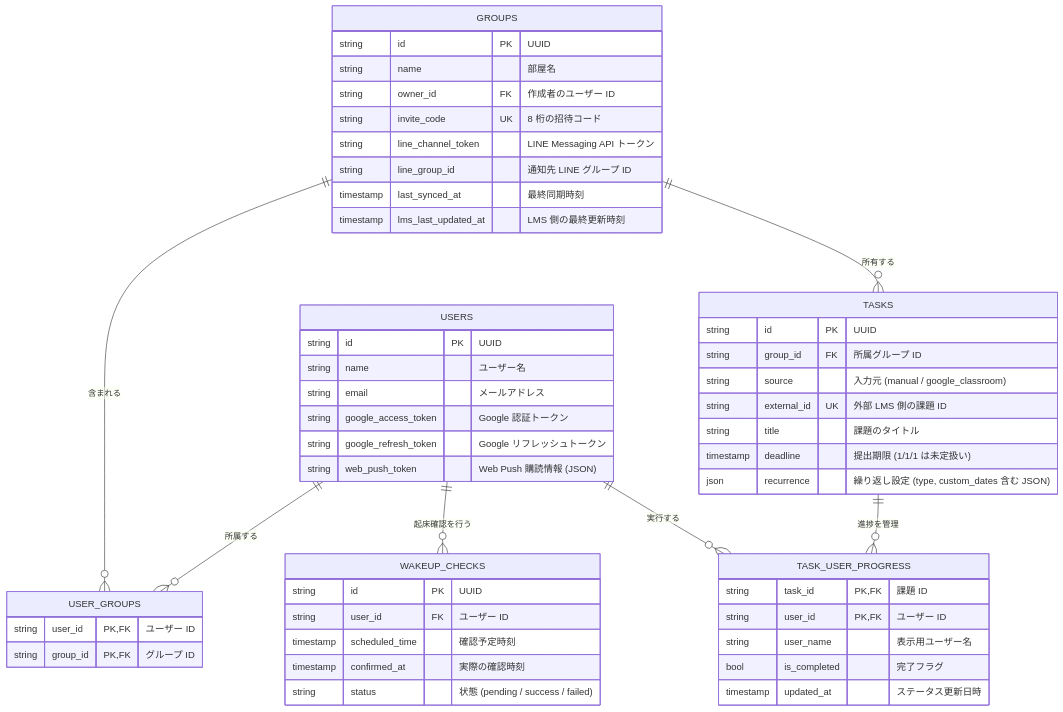
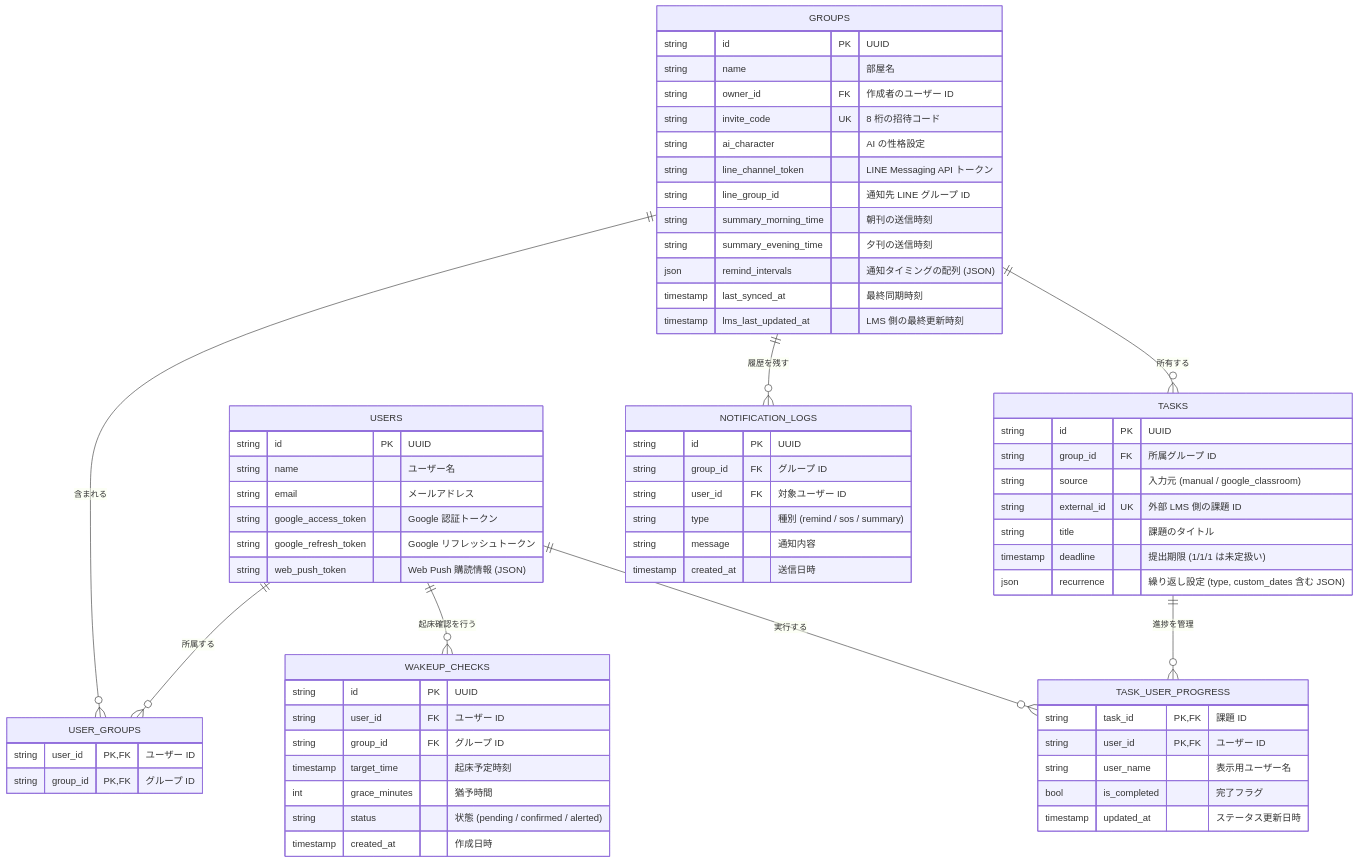
One commit to yuma25/Uni-Steps changed the diagram in docs/architecture/database_schema.md. Above: the diagram before and after it, drawn with Mermaid. The commit also changed other lines of this file and 16 other files, not shown here.

````diff
--- a/docs/architecture/database_schema.md
+++ b/docs/architecture/database_schema.md
@@ -12,60 +12,76 @@
 ```mermaid
 erDiagram
     USERS ||--o{ USER_GROUPS : "所属する"
     GROUPS ||--o{ USER_GROUPS : "含まれる"
     GROUPS ||--o{ TASKS : "所有する"
     TASKS ||--o{ TASK_USER_PROGRESS : "進捗を管理"
     USERS ||--o{ TASK_USER_PROGRESS : "実行する"
     USERS ||--o{ WAKEUP_CHECKS : "起床確認を行う"
+    GROUPS ||--o{ NOTIFICATION_LOGS : "履歴を残す"
 
     USERS {
         string id PK "UUID"
         string name "ユーザー名"
         string email "メールアドレス"
         string google_access_token "Google 認証トークン"
         string google_refresh_token "Google リフレッシュトークン"
         string web_push_token "Web Push 購読情報 (JSON)"
     }
 
     GROUPS {
         string id PK "UUID"
         string name "部屋名"
         string owner_id FK "作成者のユーザー ID"
         string invite_code UK "8 桁の招待コード"
+        string ai_character "AI の性格設定"
         string line_channel_token "LINE Messaging API トークン"
         string line_group_id "通知先 LINE グループ ID"
+        string summary_morning_time "朝刊の送信時刻"
+        string summary_evening_time "夕刊の送信時刻"
+        json remind_intervals "通知タイミングの配列 (JSON)"
         timestamp last_synced_at "最終同期時刻"
         timestamp lms_last_updated_at "LMS 側の最終更新時刻"
     }
 
     USER_GROUPS {
         string user_id PK, FK "ユーザー ID"
         string group_id PK, FK "グループ ID"
     }
 
     TASKS {
         string id PK "UUID"
         string group_id FK "所属グループ ID"
         string source "入力元 (manual / google_classroom)"
         string external_id UK "外部 LMS 側の課題 ID"
         string title "課題のタイトル"
         timestamp deadline "提出期限 (1/1/1 は未定扱い)"
         json recurrence "繰り返し設定 (type, custom_dates 含む JSON)"
     }
 
     TASK_USER_PROGRESS {
         string task_id PK, FK "課題 ID"
         string user_id PK, FK "ユーザー ID"
         string user_name "表示用ユーザー名"
         bool is_completed "完了フラグ"
         timestamp updated_at "ステータス更新日時"
     }
 
     WAKEUP_CHECKS {
         string id PK "UUID"
         string user_id FK "ユーザー ID"
-        timestamp scheduled_time "確認予定時刻"
-        timestamp confirmed_at "実際の確認時刻"
-        string status "状態 (pending / success / failed)"
+        string group_id FK "グループ ID"
+        timestamp target_time "起床予定時刻"
+        int grace_minutes "猶予時間"
+        string status "状態 (pending / confirmed / alerted)"
+        timestamp created_at "作成日時"
+    }
+
+    NOTIFICATION_LOGS {
+        string id PK "UUID"
+        string group_id FK "グループ ID"
+        string user_id FK "対象ユーザー ID"
+        string type "種別 (remind / sos / summary)"
+        string message "通知内容"
+        timestamp created_at "送信日時"
     }
 ```
````
